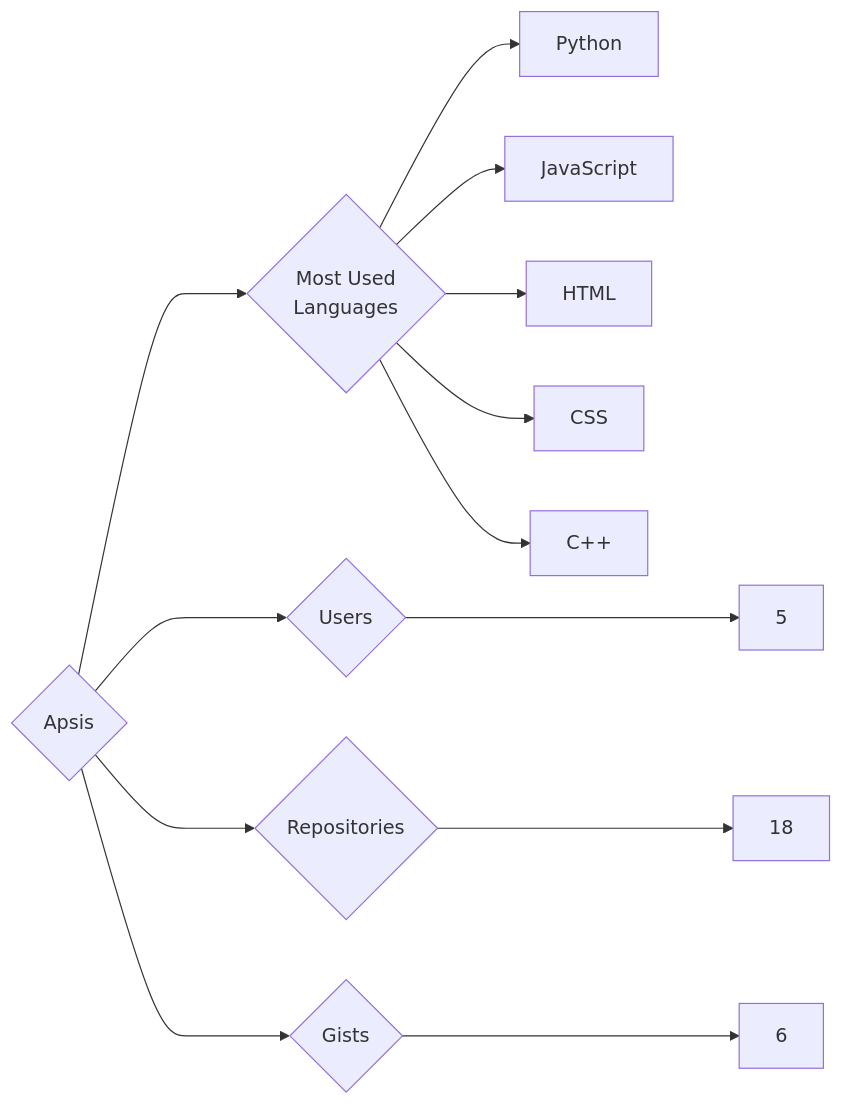
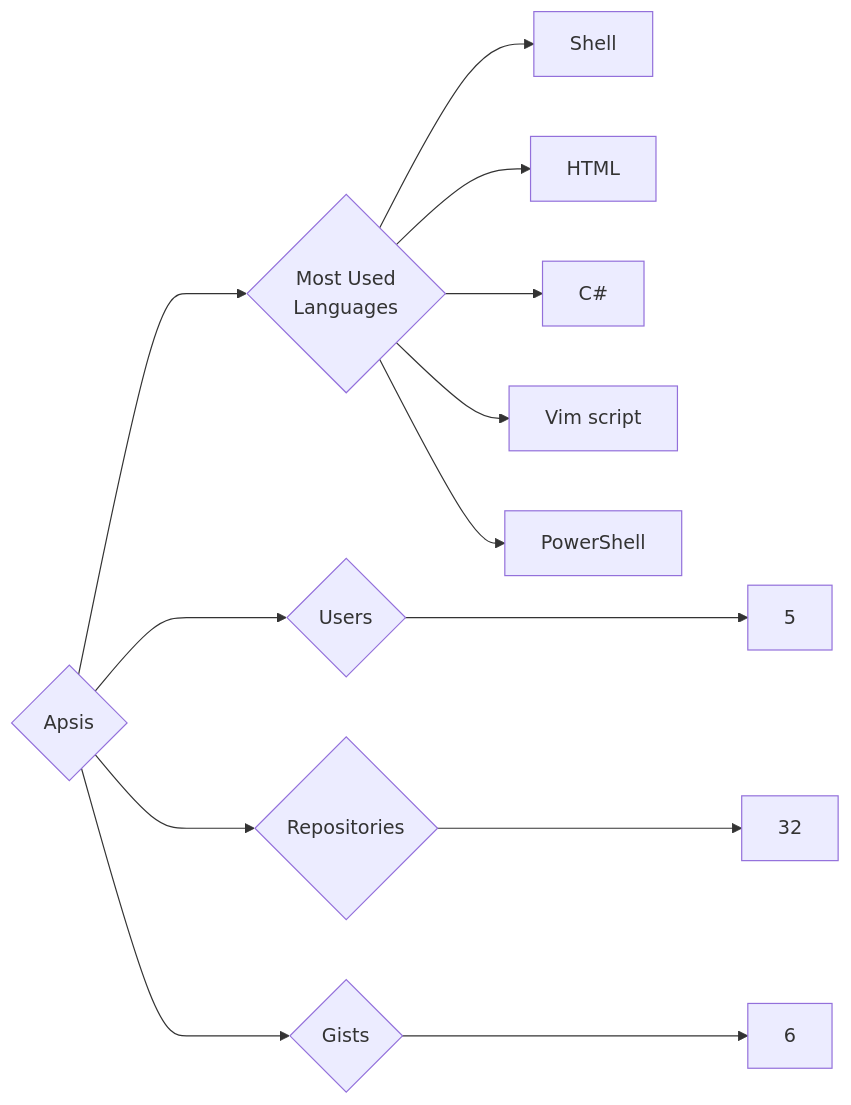
The diagram in targets/Apsis/README.md (trickest/insiders), drawn with Mermaid before and after one commit. The commit also changed 545 other files, not shown here.

````diff
--- a/targets/Apsis/README.md
+++ b/targets/Apsis/README.md
@@ -3,13 +3,13 @@
 ```mermaid
 graph LR
 COMPANY_NAME{Apsis}
 COMPANY_NAME ---> U{Users} ---> UN[5]
-COMPANY_NAME ---> R{Repositories} ---> RN[18]
+COMPANY_NAME ---> R{Repositories} ---> RN[32]
 COMPANY_NAME ---> G{Gists} ---> GN[6]
 COMPANY_NAME ---> ML{Most Used<br>Languages}
-ML --> Python[Python]
-ML --> JavaScript[JavaScript]
+ML --> Shell[Shell]
 ML --> HTML[HTML]
-ML --> CSS[CSS]
-ML --> C++[C++]
+ML --> C#[C#]
+ML --> Vim_script[Vim script]
+ML --> PowerShell[PowerShell]
 ```
````
